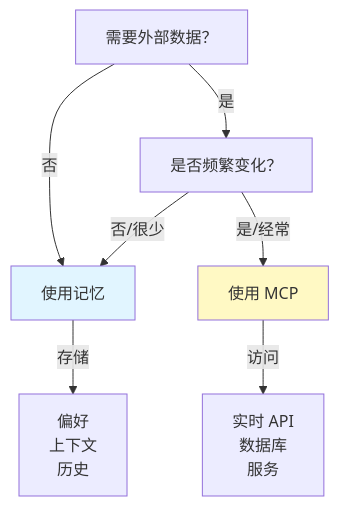
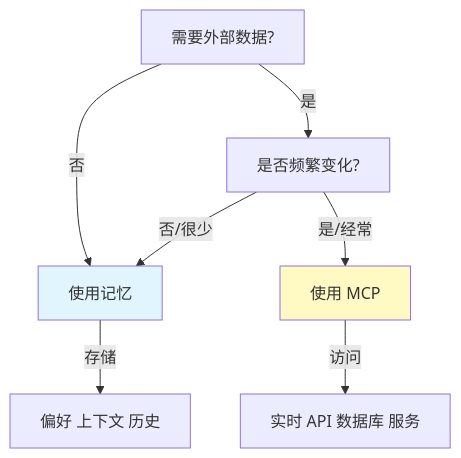
Diagram 15 of 31 in claude-howto-zh/claude_concepts_guide.md (Rx782-Fss/claude-howto-zh), drawn with Mermaid before and after one commit. The commit also changed other lines of this file and 8 other files, not shown here.

First line of the commit message:
fix: 清除所有 Mermaid 内的 GitHub 不兼容内容

````diff
--- a/claude-howto-zh/claude_concepts_guide.md
+++ b/claude-howto-zh/claude_concepts_guide.md
@@ -1189,14 +1189,14 @@
 ```mermaid
 graph TD
-    A["需要外部数据？"]
+    A["需要外部数据?"]
     A -->|否| B["使用记忆"]
-    A -->|是| C["是否频繁变化？"]
+    A -->|是| C["是否频繁变化?"]
     C -->|否/很少| B
     C -->|是/经常| D["使用 MCP"]
 
-    B -->|存储| E["偏好<br/>上下文<br/>历史"]
-    D -->|访问| F["实时 API<br/>数据库<br/>服务"]
+    B -->|存储| E["偏好 上下文 历史"]
+    D -->|访问| F["实时 API 数据库 服务"]
 
     style B fill:#e1f5ff
     style D fill:#fff9c4
 ```
````
